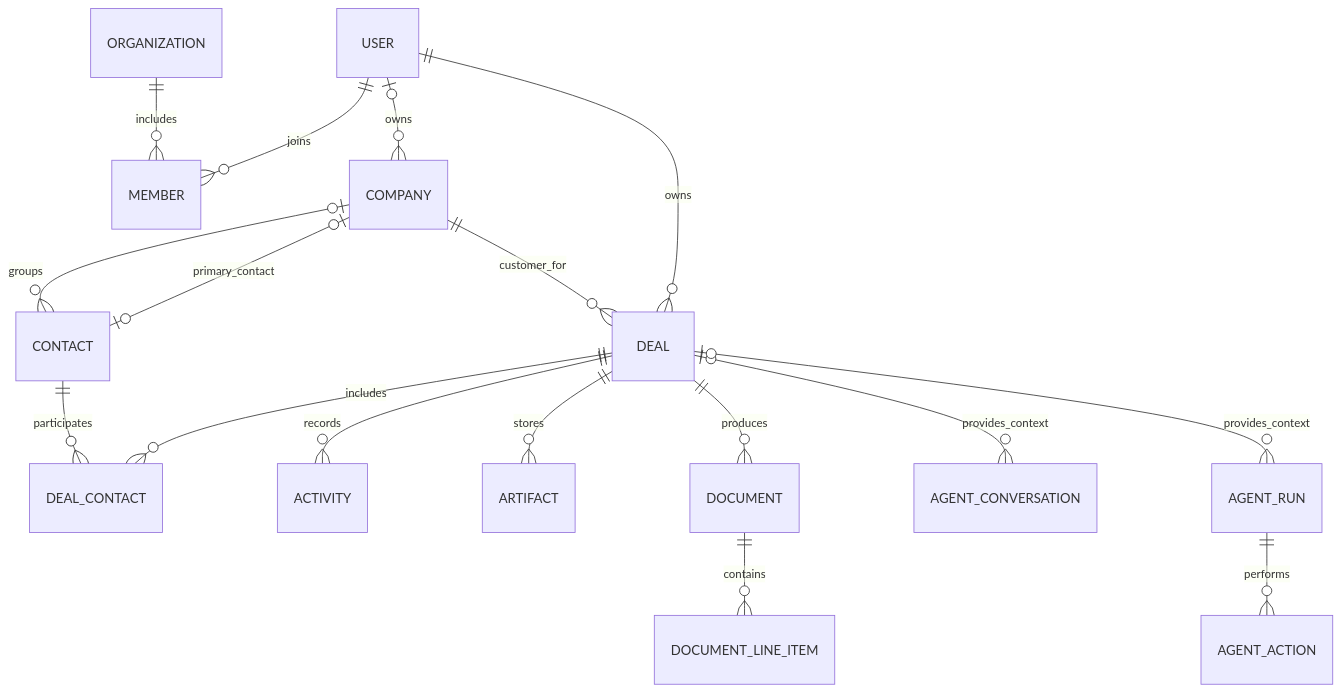
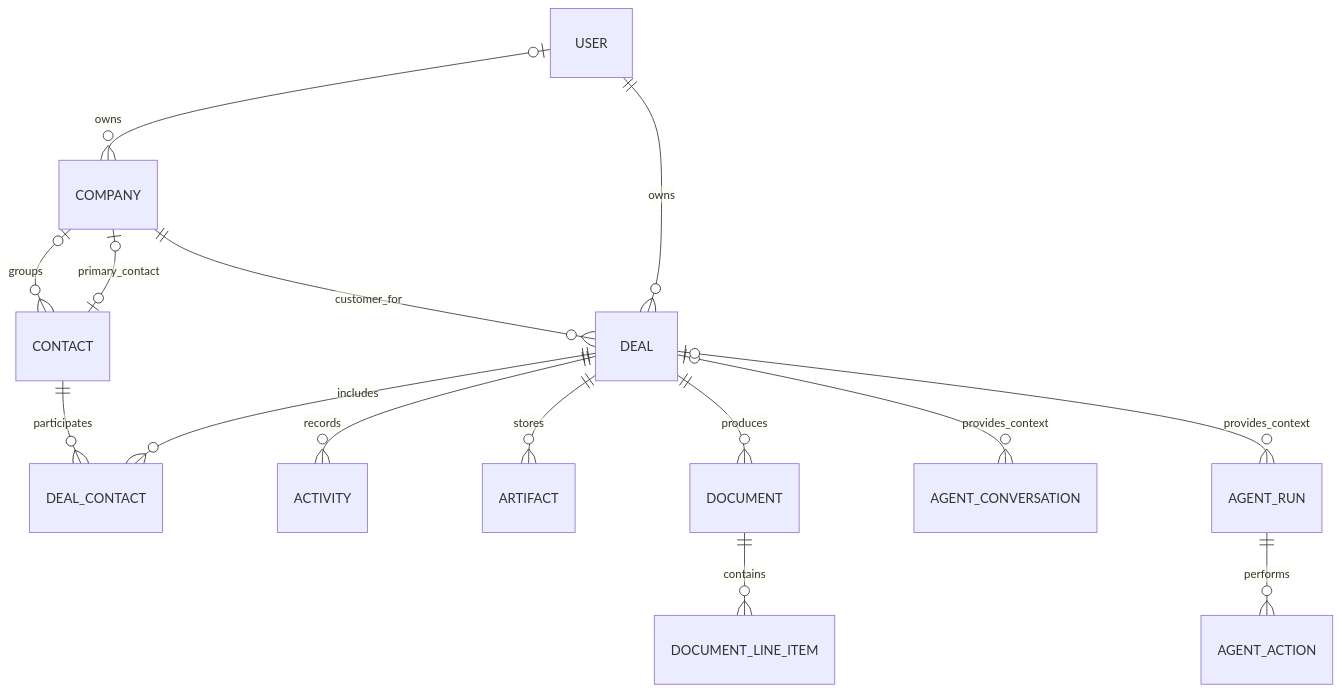
One commit to romanbsd/compcrm changed the first of 9 diagrams in docs/construction-data-model.md. Above: the diagram before and after it, drawn with Mermaid. The commit also changed other lines of this file and 42 other files, not shown here.

````diff
--- a/docs/construction-data-model.md
+++ b/docs/construction-data-model.md
@@ -27,23 +27,20 @@
 ```mermaid
 erDiagram
-    ORGANIZATION ||--o{ MEMBER : includes
-    USER ||--o{ MEMBER : joins
-
     USER o|--o{ COMPANY : owns
     COMPANY ||--o{ DEAL : customer_for
     COMPANY o|--o{ CONTACT : groups
     COMPANY o|--o| CONTACT : primary_contact
 
     USER ||--o{ DEAL : owns
     CONTACT ||--o{ DEAL_CONTACT : participates
     DEAL ||--o{ DEAL_CONTACT : includes
 
     DEAL ||--o{ ACTIVITY : records
     DEAL ||--o{ ARTIFACT : stores
     DEAL ||--o{ DOCUMENT : produces
     DOCUMENT ||--o{ DOCUMENT_LINE_ITEM : contains
 
     DEAL o|--o{ AGENT_CONVERSATION : provides_context
     DEAL o|--o{ AGENT_RUN : provides_context
     AGENT_RUN ||--o{ AGENT_ACTION : performs
 ```
````
